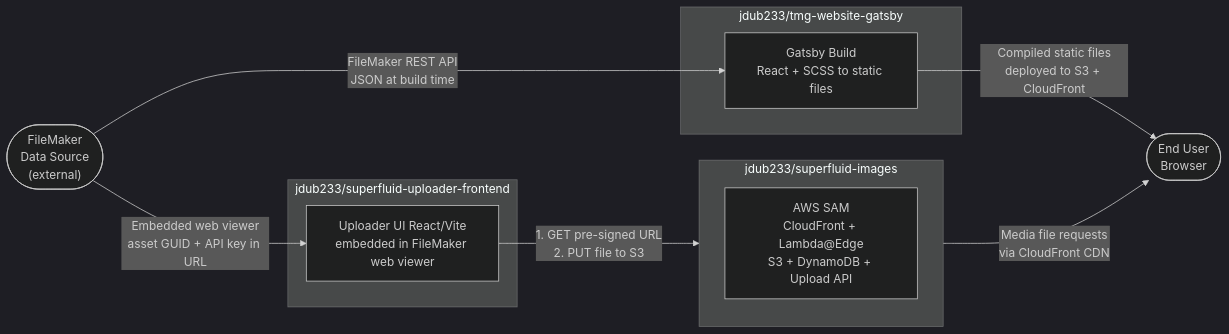
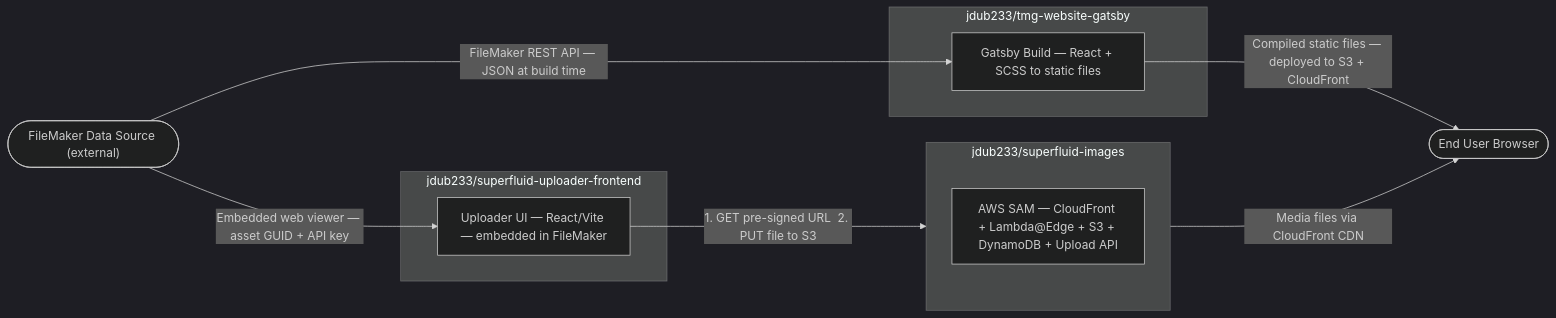
Before and after one commit to jdub233/tmg-website-gatsby: the diagram in docs/system-overview.md, drawn with Mermaid (dark theme).

````diff
--- a/docs/system-overview.md
+++ b/docs/system-overview.md
@@ -23,23 +23,24 @@
 ```mermaid
+%%{init: {"flowchart": {"rankSpacing": 100, "nodeSpacing": 50}} }%%
 flowchart LR
-    FM(["FileMaker\nData Source\n(external)"])
-    Browser(["End User\nBrowser"])
+    FM(["FileMaker Data Source (external)"])
+    Browser(["End User Browser"])
 
     subgraph GATSBY["jdub233/tmg-website-gatsby"]
-        BUILD["Gatsby Build\nReact + SCSS to static files"]
+        BUILD["Gatsby Build — React + SCSS to static files"]
     end
 
     subgraph SUF["jdub233/superfluid-uploader-frontend"]
-        UPUI["Uploader UI React/Vite\nembedded in FileMaker web viewer"]
+        UPUI["Uploader UI — React/Vite — embedded in FileMaker"]
     end
 
     subgraph SFIMG["jdub233/superfluid-images"]
-        MEDIA["AWS SAM\nCloudFront + Lambda@Edge\nS3 + DynamoDB + Upload API"]
+        MEDIA["AWS SAM — CloudFront + Lambda@Edge + S3 + DynamoDB + Upload API"]
     end
 
-    FM -->|"FileMaker REST API\nJSON at build time"| BUILD
-    FM -->|"Embedded web viewer\nasset GUID + API key in URL"| UPUI
-    BUILD -->|"Compiled static files\ndeployed to S3 + CloudFront"| Browser
-    UPUI -->|"1. GET pre-signed URL\n2. PUT file to S3"| SFIMG
-    SFIMG -->|"Media file requests\nvia CloudFront CDN"| Browser
+    FM -->|"FileMaker REST API — JSON at build time"| BUILD
+    FM -->|"Embedded web viewer — asset GUID + API key"| UPUI
+    BUILD -->|"Compiled static files — deployed to S3 + CloudFront"| Browser
+    UPUI -->|"1. GET pre-signed URL  2. PUT file to S3"| SFIMG
+    SFIMG -->|"Media files via CloudFront CDN"| Browser
 ```
````
